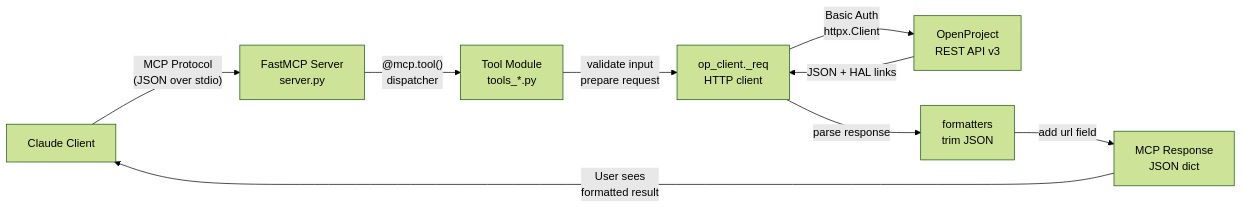
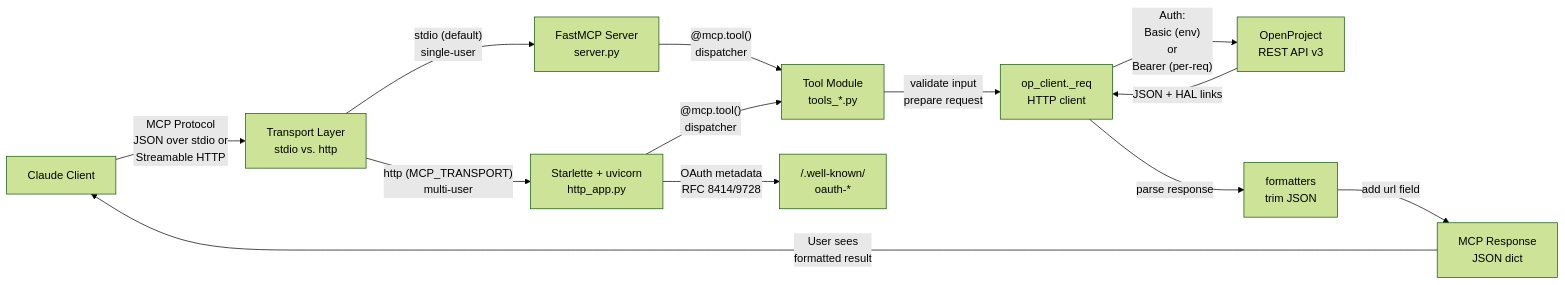
One commit to haunguyendev/openproject-mcp changed the diagram in docs/system-architecture.md. Above: the diagram before and after it, drawn with Mermaid (forest theme). The commit also changed other lines of this file and 32 other files, not shown here.

First line of the commit message:
feat: remote multi-user MCP over Streamable HTTP + OAuth (v0.8.0)

````diff
--- a/docs/system-architecture.md
+++ b/docs/system-architecture.md
@@ -5,11 +5,15 @@
 ```mermaid
 graph LR
-    A["Claude Client"] -->|"MCP Protocol<br/>(JSON over stdio)"| B["FastMCP Server<br/>server.py"]
-    B -->|"@mcp.tool()<br/>dispatcher"| C["Tool Module<br/>tools_*.py"]
-    C -->|"validate input<br/>prepare request"| D["op_client._req<br/>HTTP client"]
-    D -->|"Basic Auth<br/>httpx.Client"| E["OpenProject<br/>REST API v3"]
-    E -->|"JSON + HAL links"| D
-    D -->|"parse response"| F["formatters<br/>trim JSON"]
-    F -->|"add url field"| G["MCP Response<br/>JSON dict"]
-    G -->|"User sees<br/>formatted result"| A
+    A["Claude Client"] -->|"MCP Protocol<br/>JSON over stdio or<br/>Streamable HTTP"| B["Transport Layer<br/>stdio vs. http"]
+    B -->|"stdio (default)<br/>single-user"| C["FastMCP Server<br/>server.py"]
+    B -->|"http (MCP_TRANSPORT)<br/>multi-user"| D["Starlette + uvicorn<br/>http_app.py"]
+    C -->|"@mcp.tool()<br/>dispatcher"| E["Tool Module<br/>tools_*.py"]
+    D -->|"@mcp.tool()<br/>dispatcher"| E
+    E -->|"validate input<br/>prepare request"| F["op_client._req<br/>HTTP client"]
+    F -->|"Auth:<br/>Basic (env)<br/>or<br/>Bearer (per-req)"| G["OpenProject<br/>REST API v3"]
+    G -->|"JSON + HAL links"| F
+    F -->|"parse response"| H["formatters<br/>trim JSON"]
+    H -->|"add url field"| I["MCP Response<br/>JSON dict"]
+    I -->|"User sees<br/>formatted result"| A
+    D -->|"OAuth metadata<br/>RFC 8414/9728"| J["/.well-known/<br/>oauth-*"]
 ```
````
